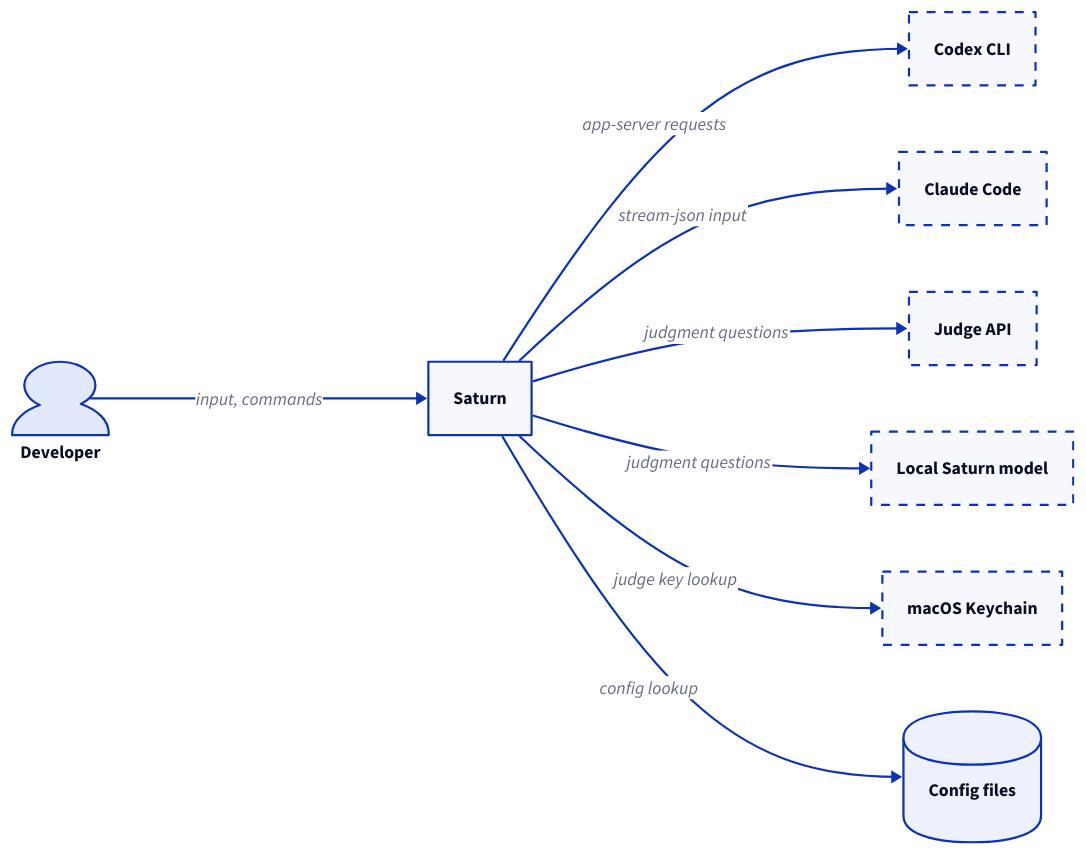
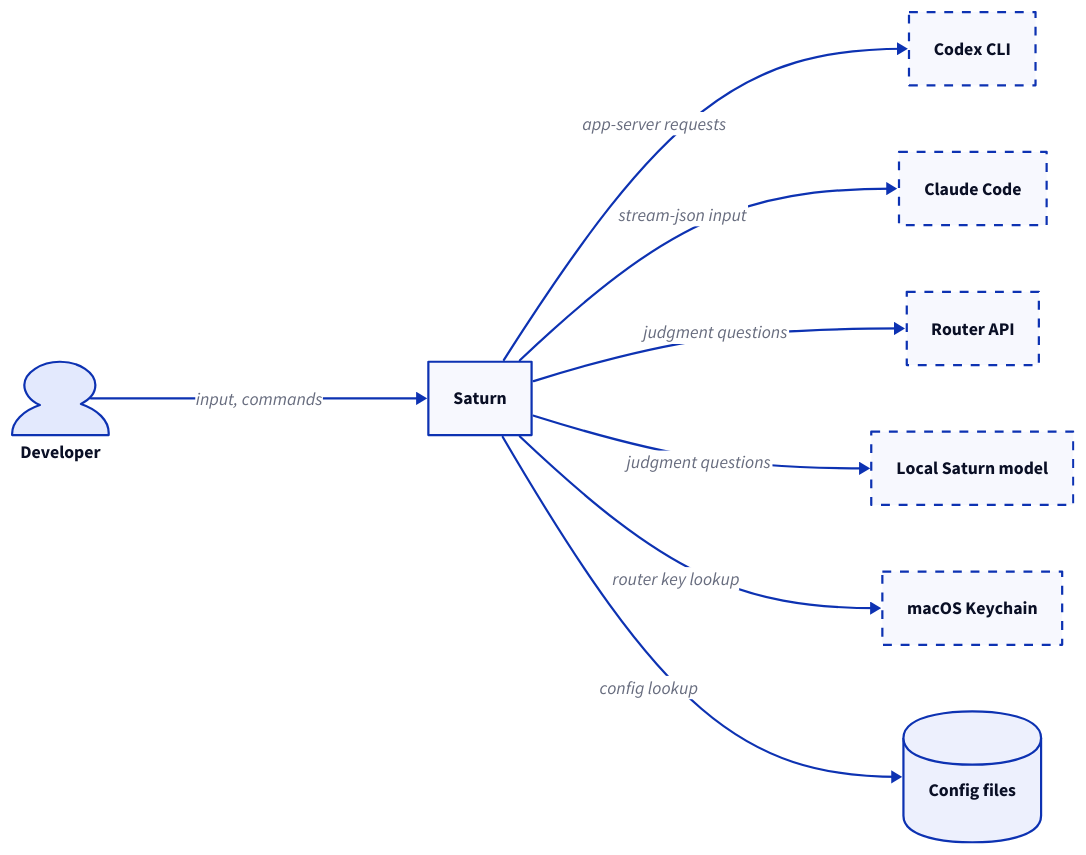
One commit to woonyong-choi/saturn changed the diagram in docs/assets/context.d2. Above: the diagram before and after it, drawn with D2. The commit also changed 155 other files, not shown here.

```diff
--- a/docs/assets/context.d2
+++ b/docs/assets/context.d2
@@ -1,16 +1,16 @@
 direction: right
 user: Developer {shape: person}
 system: Saturn
 codex-cli: Codex CLI {style.stroke-dash: 4}
 claude-code: Claude Code {style.stroke-dash: 4}
-judge-api: Judge API {style.stroke-dash: 4}
-local-judge: Local Saturn model {style.stroke-dash: 4}
+router-api: Router API {style.stroke-dash: 4}
+local-router: Local Saturn model {style.stroke-dash: 4}
 macos-keychain: macOS Keychain {style.stroke-dash: 4}
 config-files: Config files {shape: cylinder}
 user -> system: input, commands
 system -> codex-cli: app-server requests
 system -> claude-code: stream-json input
-system -> judge-api: judgment questions
-system -> local-judge: judgment questions
-system -> macos-keychain: judge key lookup
+system -> router-api: judgment questions
+system -> local-router: judgment questions
+system -> macos-keychain: router key lookup
 system -> config-files: config lookup
```
